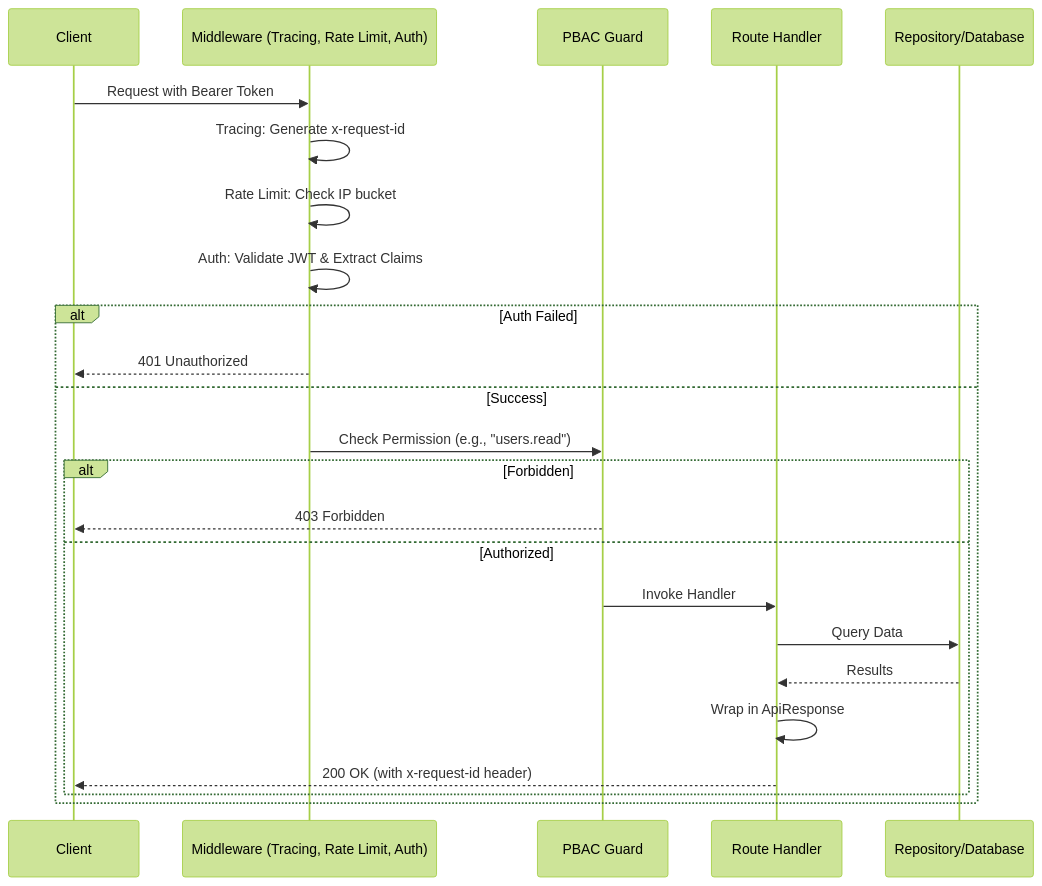
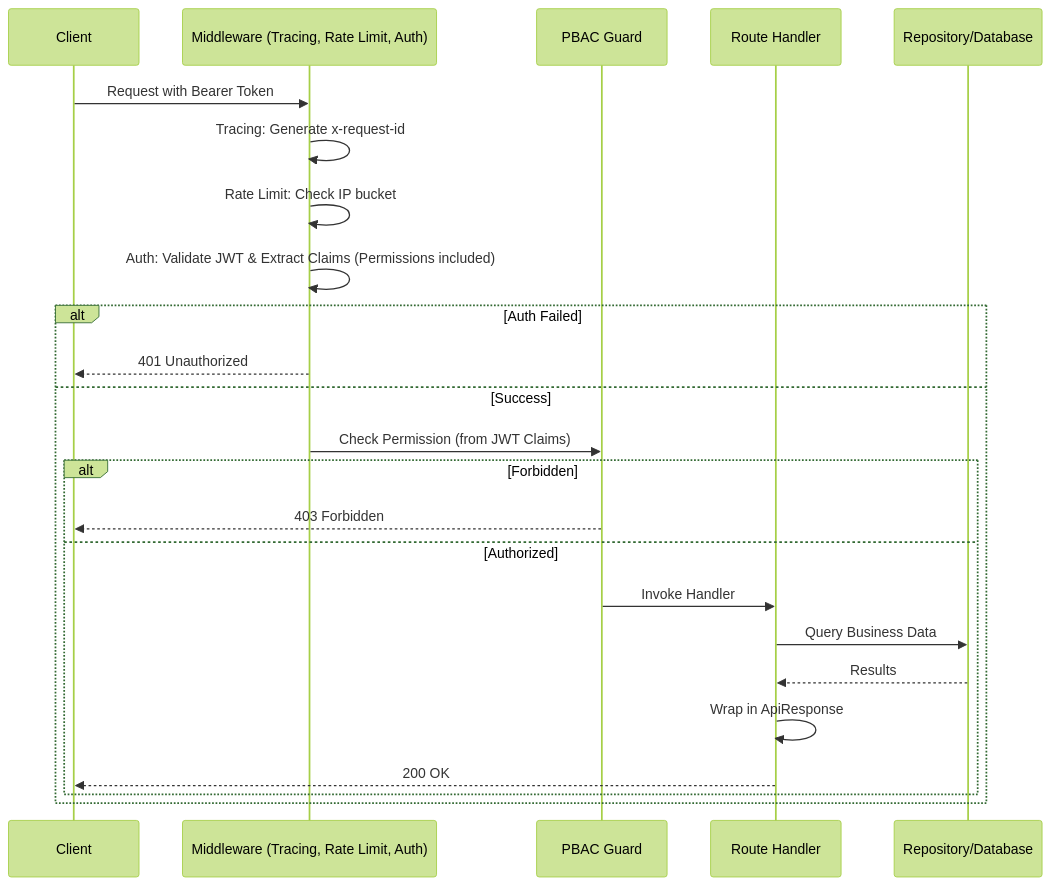
The second of 2 diagrams in docs/DIAGRAMS.md (shirafzx/kafkey-api), drawn with Mermaid (forest theme) before and after one commit. The commit also changed other lines of this file and 12 other files, not shown here.

````diff
--- a/docs/DIAGRAMS.md
+++ b/docs/DIAGRAMS.md
@@ -29,28 +37,28 @@
 ```mermaid
 sequenceDiagram
     participant Client
     participant MW as Middleware (Tracing, Rate Limit, Auth)
     participant Guard as PBAC Guard
     participant Handler as Route Handler
     participant DB as Repository/Database
 
     Client->>MW: Request with Bearer Token
     MW->>MW: Tracing: Generate x-request-id
     MW->>MW: Rate Limit: Check IP bucket
-    MW->>MW: Auth: Validate JWT & Extract Claims
+    MW->>MW: Auth: Validate JWT & Extract Claims (Permissions included)
 
     alt Auth Failed
         MW-->>Client: 401 Unauthorized
     else Success
-        MW->>Guard: Check Permission (e.g., "users.read")
+        MW->>Guard: Check Permission (from JWT Claims)
         alt Forbidden
             Guard-->>Client: 403 Forbidden
         else Authorized
             Guard->>Handler: Invoke Handler
-            Handler->>DB: Query Data
+            Handler->>DB: Query Business Data
             DB-->>Handler: Results
             Handler->>Handler: Wrap in ApiResponse
-            Handler-->>Client: 200 OK (with x-request-id header)
+            Handler-->>Client: 200 OK
         end
     end
 ```
````
